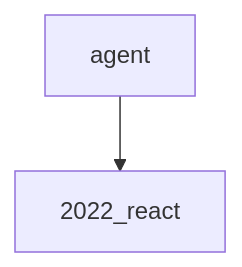
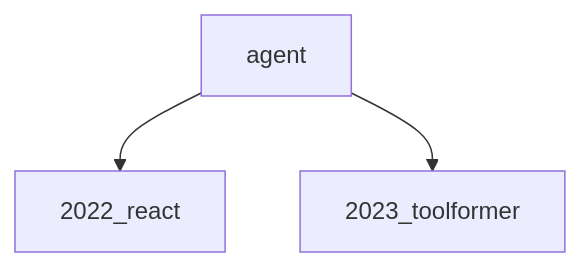
Before and after one commit to winterless/PaperReader: the diagram in docs/knowledge-tree.md, drawn with Mermaid. The commit also changed other lines of this file and 5 other files, not shown here.

````diff
--- a/docs/knowledge-tree.md
+++ b/docs/knowledge-tree.md
@@ -19,6 +19,8 @@
 ```mermaid
 graph TD
   P_2022_react["2022_react"]
   T_agent["agent"]
   T_agent --> P_2022_react
+  P_2023_toolformer["2023_toolformer"]
+  T_agent --> P_2023_toolformer
 ```
````
